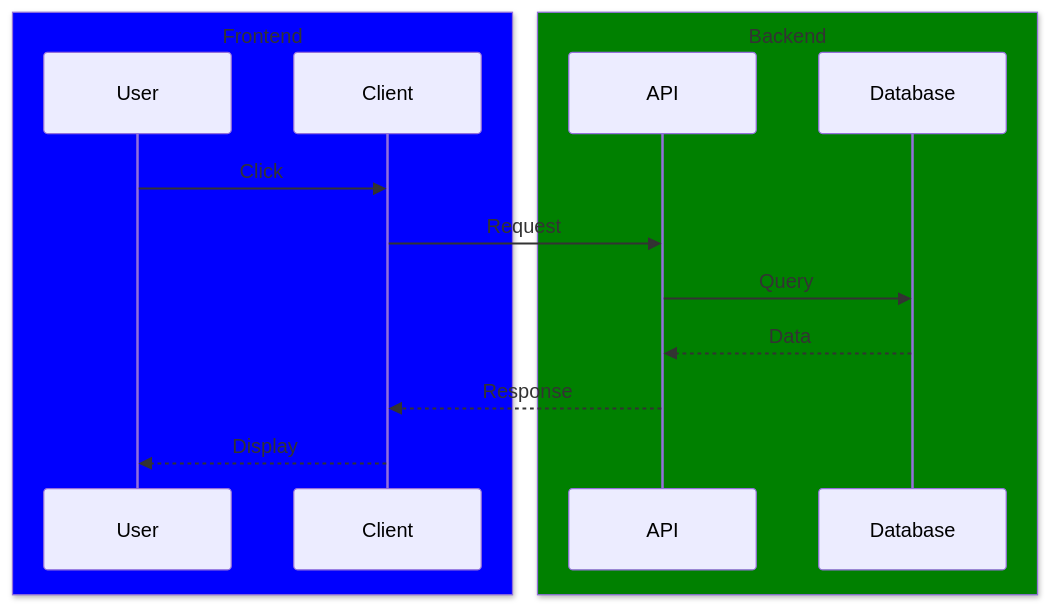
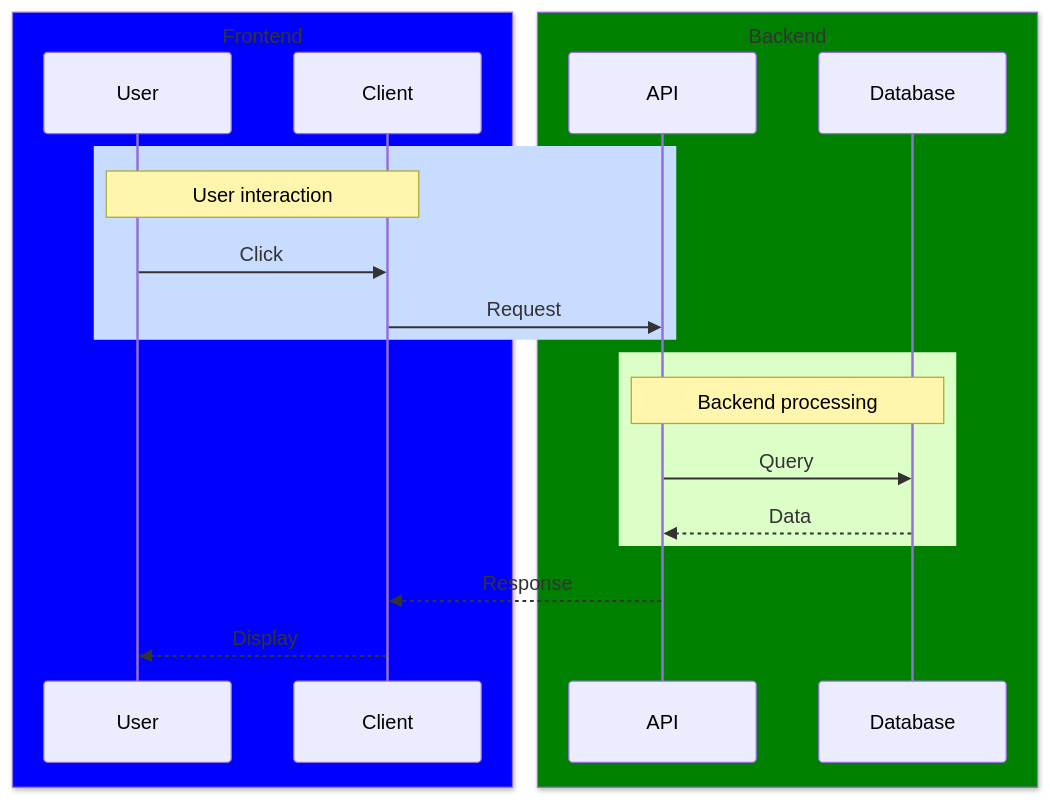
Before and after one commit to marcusquinn/aidevops: the sixth of 10 diagrams in .agents/tools/diagrams/mermaid-diagrams-skill/sequence.md, drawn with Mermaid. The commit also changed other lines of this file, not shown here.

First line of the commit message:
refactor: tighten sequence.md from 408 to 240 lines (41% reduction)

````diff
--- a/.agents/tools/diagrams/mermaid-diagrams-skill/sequence.md
+++ b/.agents/tools/diagrams/mermaid-diagrams-skill/sequence.md
@@ -256,18 +110,26 @@
 ```mermaid
 sequenceDiagram
     box Blue Frontend
         participant U as User
         participant C as Client
     end
     box Green Backend
         participant A as API
         participant D as Database
     end
 
-    U->>C: Click
-    C->>A: Request
-    A->>D: Query
-    D-->>A: Data
+    rect rgb(200, 220, 255)
+        Note over U,C: User interaction
+        U->>C: Click
+        C->>A: Request
+    end
+
+    rect rgb(220, 255, 200)
+        Note over A,D: Backend processing
+        A->>D: Query
+        D-->>A: Data
+    end
+
     A-->>C: Response
     C-->>U: Display
 ```
````
